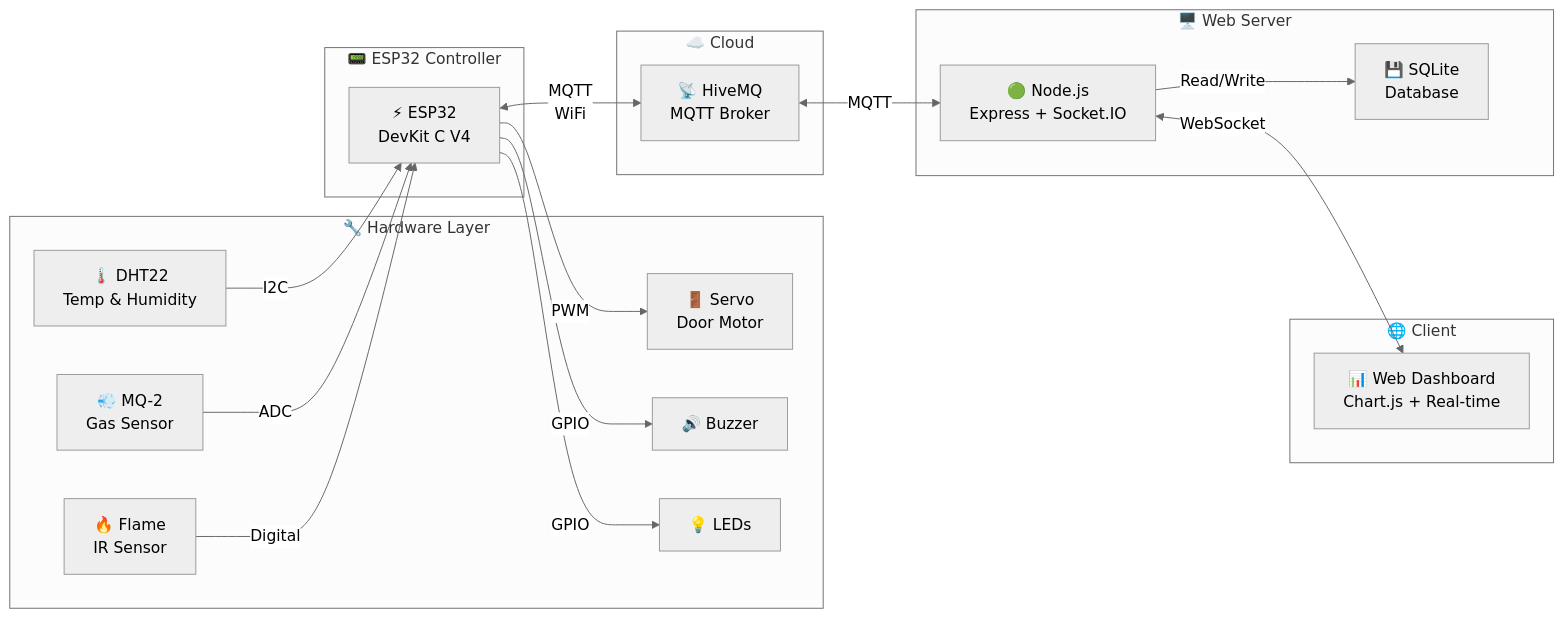
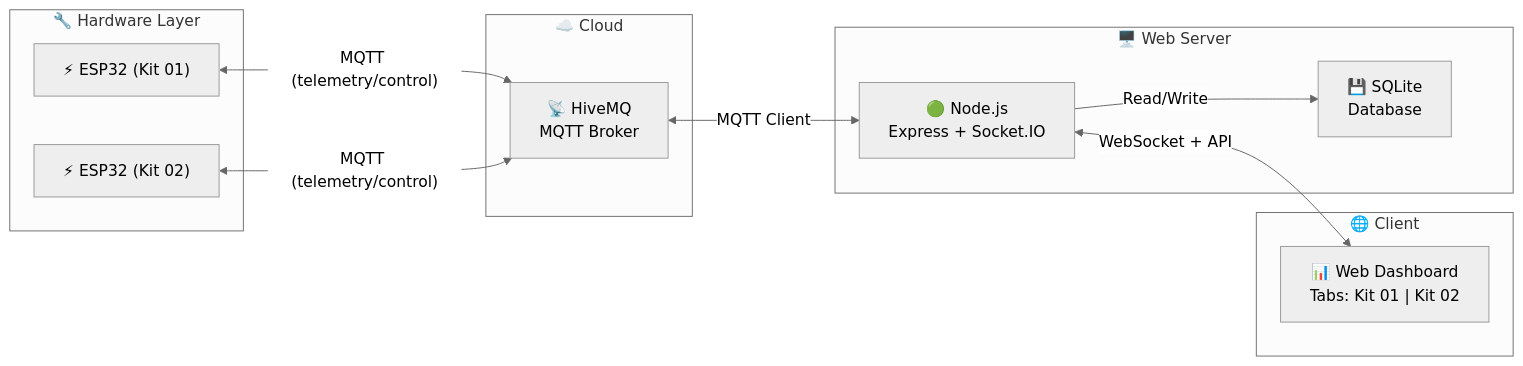
One commit to NhMinh-2610/ESP32-Fire-Alarm-System changed the diagram in README.md. Above: the diagram before and after it, drawn with Mermaid (neutral theme). The commit also changed other lines of this file, not shown here.

Commit message:
docs: update README with multi-kit features and add wokwi execution guide

````diff
--- a/README.md
+++ b/README.md
@@ -72,40 +71,26 @@
 ```mermaid
 graph LR
     subgraph "🔧 Hardware Layer"
-        DHT22["🌡️ DHT22<br/>Temp & Humidity"]
-        MQ2["💨 MQ-2<br/>Gas Sensor"]
-        FLAME["🔥 Flame<br/>IR Sensor"]
-        SERVO["🚪 Servo<br/>Door Motor"]
-        BUZZER["🔊 Buzzer"]
-        LED["💡 LEDs"]
-    end
-
-    subgraph "📟 ESP32 Controller"
-        ESP["⚡ ESP32<br/>DevKit C V4"]
+        ESP1["⚡ ESP32 (Kit 01)"]
+        ESP2["⚡ ESP32 (Kit 02)"]
     end
 
     subgraph "☁️ Cloud"
         MQTT["📡 HiveMQ<br/>MQTT Broker"]
     end
 
     subgraph "🖥️ Web Server"
         NODE["🟢 Node.js<br/>Express + Socket.IO"]
         DB["💾 SQLite<br/>Database"]
     end
 
     subgraph "🌐 Client"
-        DASH["📊 Web Dashboard<br/>Chart.js + Real-time"]
+        DASH["📊 Web Dashboard<br/>Tabs: Kit 01 | Kit 02"]
     end
 
-    DHT22 -->|"I2C"| ESP
-    MQ2 -->|"ADC"| ESP
-    FLAME -->|"Digital"| ESP
-    ESP -->|"PWM"| SERVO
-    ESP -->|"GPIO"| BUZZER
-    ESP -->|"GPIO"| LED
-
-    ESP <-->|"MQTT<br/>WiFi"| MQTT
-    MQTT <-->|"MQTT"| NODE
+    ESP1 <-->|"MQTT (telemetry/control)"| MQTT
+    ESP2 <-->|"MQTT (telemetry/control)"| MQTT
+    MQTT <-->|"MQTT Client"| NODE
     NODE -->|"Read/Write"| DB
-    NODE <-->|"WebSocket"| DASH
+    NODE <-->|"WebSocket + API"| DASH
 ```
````
